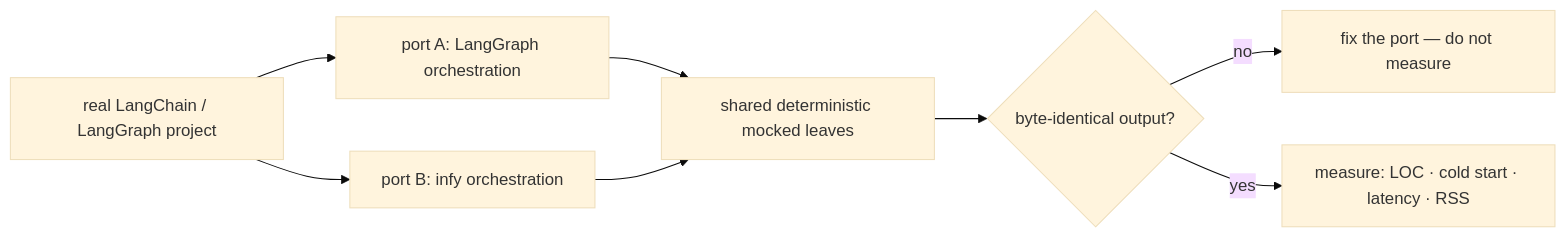
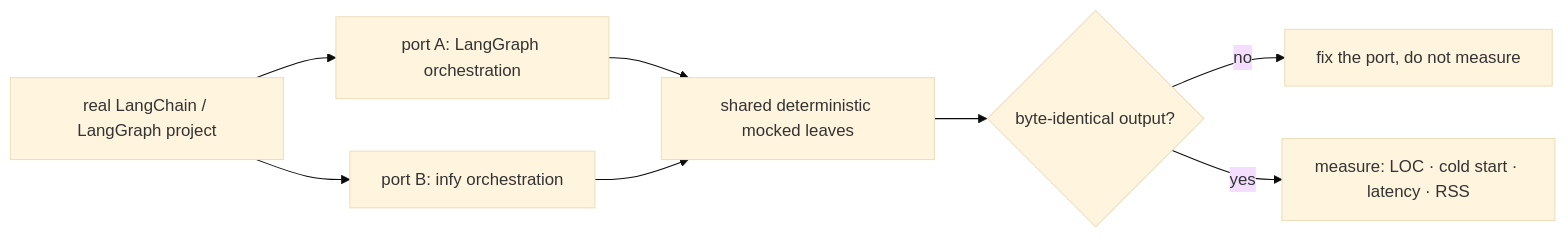
Before and after one commit to Infyrence/infy: the first of 2 diagrams in BENCHMARKS.md, drawn with Mermaid (base theme). The commit also changed other lines of this file and 1 other file, not shown here.

````diff
--- a/BENCHMARKS.md
+++ b/BENCHMARKS.md
@@ -15,10 +15,10 @@
 ```mermaid
 flowchart LR
     SRC["real LangChain / LangGraph project"] --> P1["port A: LangGraph orchestration"]
     SRC --> P2["port B: infy orchestration"]
     P1 --> LEAF["shared deterministic mocked leaves"]
     P2 --> LEAF
     LEAF --> EQ{"byte-identical output?"}
-    EQ -->|no| FIX["fix the port — do not measure"]
+    EQ -->|no| FIX["fix the port, do not measure"]
     EQ -->|yes| M["measure: LOC · cold start · latency · RSS"]
 ```
````
